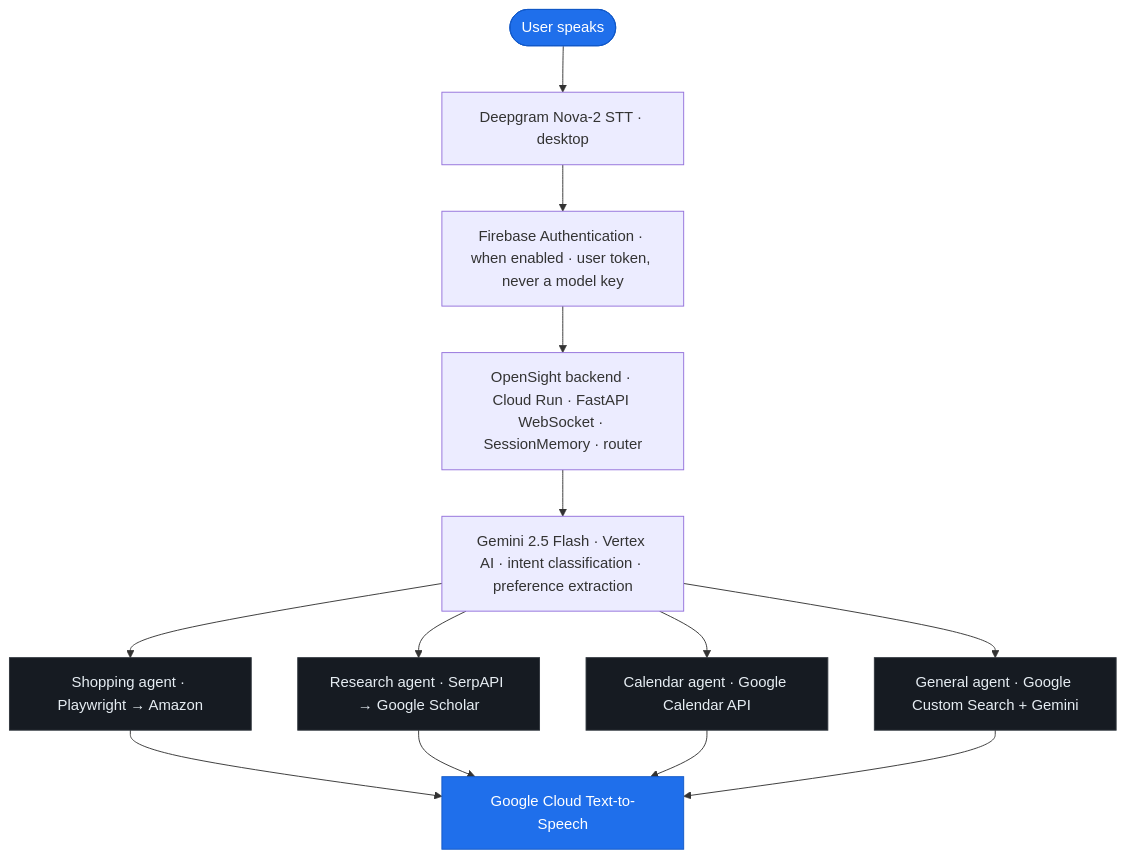
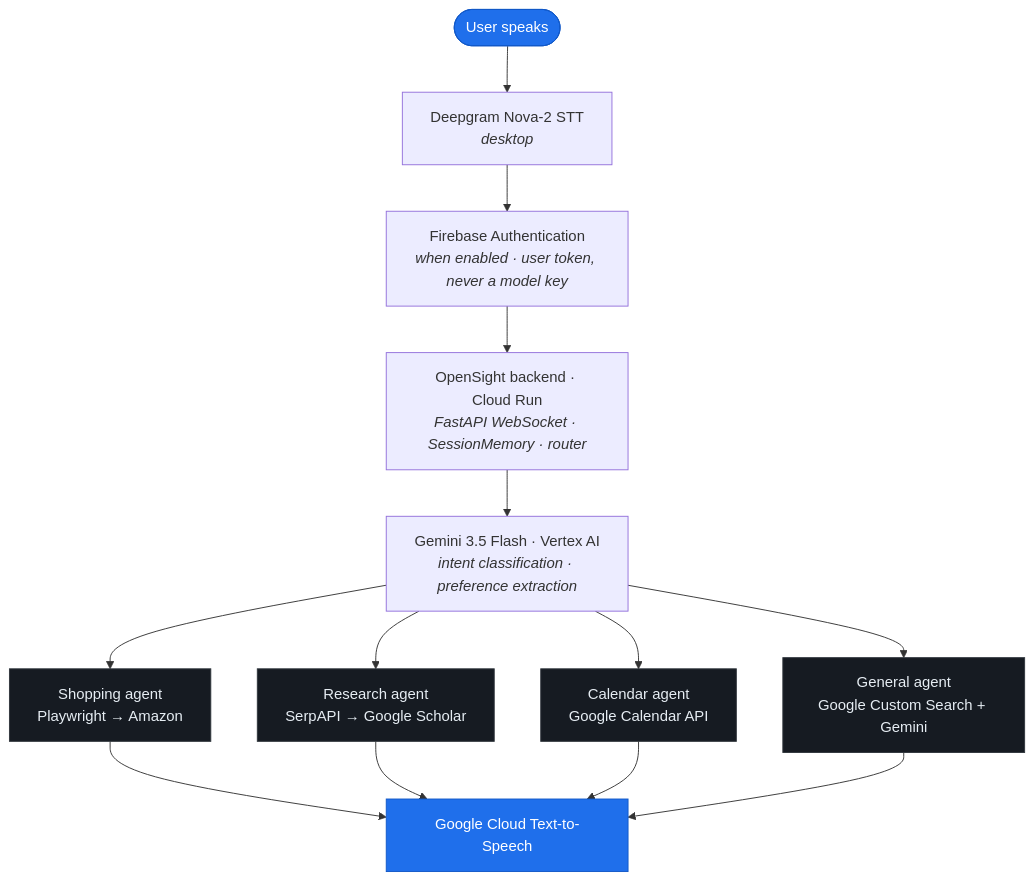
The diagram in README.md (abhisomala/OpenSight_GDGChallenge_2026), drawn with Mermaid before and after one commit. The commit also changed other lines of this file and 2 other files, not shown here.

````diff
--- a/README.md
+++ b/README.md
@@ -97,20 +119,20 @@
 ```mermaid
 flowchart TD
-    A([User speaks]):::io --> B[Deepgram Nova-2 STT · desktop]
-    B --> C[Firebase Authentication · when enabled · user token, never a model key]
-    C --> D[OpenSight backend · Cloud Run · FastAPI WebSocket · SessionMemory · router]
-    D --> E[Gemini 2.5 Flash · Vertex AI · intent classification · preference extraction]
+    A([User speaks]):::io --> B[Deepgram Nova-2 STT<br/><i>desktop</i>]
+    B --> C[Firebase Authentication<br/><i>when enabled · user token, never a model key</i>]
+    C --> D[OpenSight backend · Cloud Run<br/><i>FastAPI WebSocket · SessionMemory · router</i>]
+    D --> E[Gemini 3.5 Flash · Vertex AI<br/><i>intent classification · preference extraction</i>]
 
-    E --> F[Shopping agent · Playwright → Amazon]:::agent
-    E --> G[Research agent · SerpAPI → Google Scholar]:::agent
-    E --> H[Calendar agent · Google Calendar API]:::agent
-    E --> I[General agent · Google Custom Search + Gemini]:::agent
+    E --> F[Shopping agent<br/>Playwright → Amazon]:::agent
+    E --> G[Research agent<br/>SerpAPI → Google Scholar]:::agent
+    E --> H[Calendar agent<br/>Google Calendar API]:::agent
+    E --> I[General agent<br/>Google Custom Search + Gemini]:::agent
 
     F --> J[Google Cloud Text-to-Speech]:::io
     G --> J
     H --> J
     I --> J
 
     classDef io fill:#1f6feb,stroke:#1158c7,color:#ffffff
     classDef agent fill:#161b22,stroke:#30363d,color:#e6edf3
 ```
````
